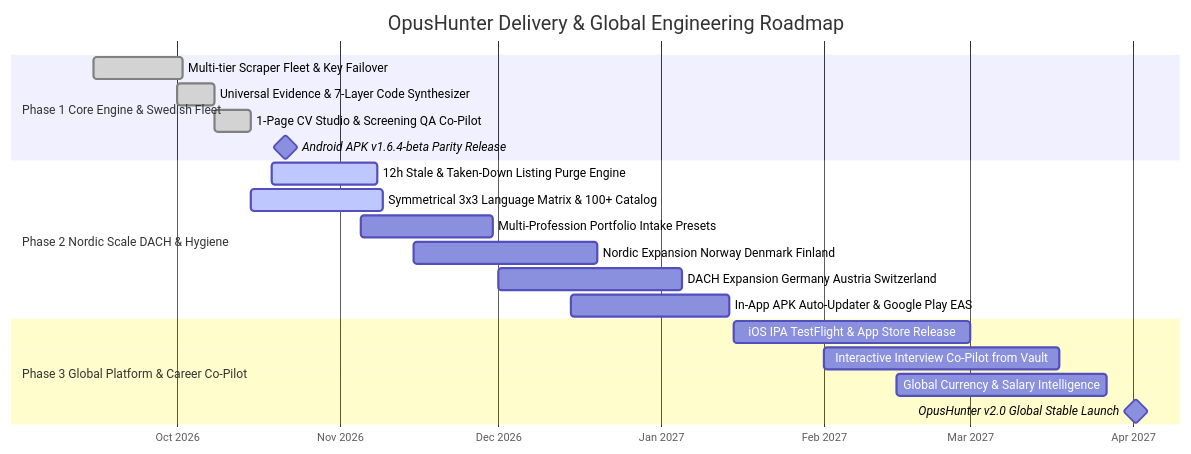
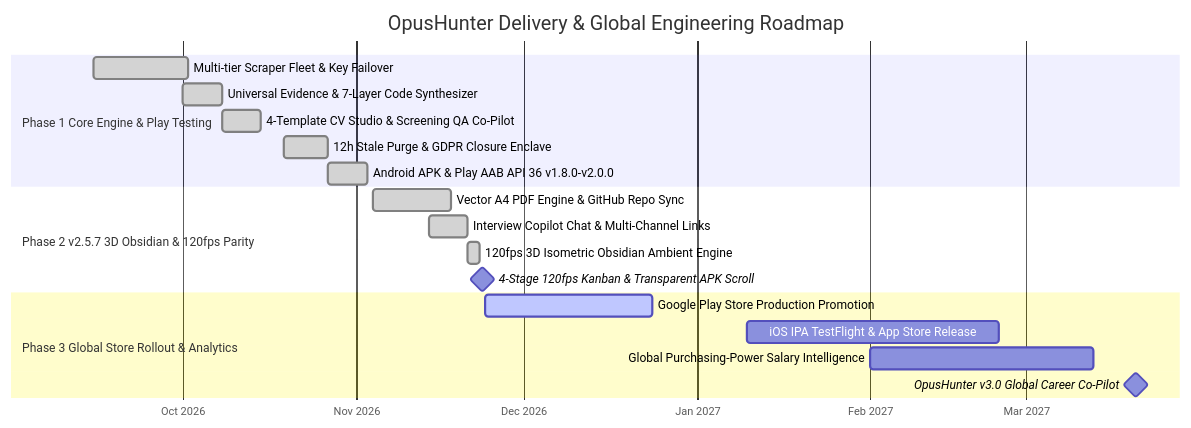
Before and after one commit to AlexBuildsLTS/OpusHunter-Release: the third of 4 diagrams in README.md, drawn with Mermaid. The commit also changed other lines of this file, not shown here.

````diff
--- a/README.md
+++ b/README.md
@@ -402,26 +338,25 @@
 ```mermaid
 gantt
   title OpusHunter Delivery & Global Engineering Roadmap
   dateFormat  YYYY-MM-DD
   axisFormat  %b %Y
 
-  section Phase 1 Core Engine & Swedish Fleet
+  section Phase 1 Core Engine & Play Testing
   Multi-tier Scraper Fleet & Key Failover       :done, s1, 2026-09-15, 2026-10-02
   Universal Evidence & 7-Layer Code Synthesizer  :done, s2, 2026-10-01, 2026-10-08
-  1-Page CV Studio & Screening QA Co-Pilot      :done, s3, 2026-10-08, 2026-10-15
-  Android APK v1.6.4-beta Parity Release         :milestone, m1, 2026-10-21, 1d
+  4-Template CV Studio & Screening QA Co-Pilot  :done, s3, 2026-10-08, 2026-10-15
+  12h Stale Purge & GDPR Closure Enclave        :done, p1, 2026-10-19, 2026-10-27
+  Android APK & Play AAB API 36 v1.8.0-v2.0.0   :done, m1, 2026-10-27, 7d
 
-  section Phase 2 Nordic Scale DACH & Hygiene
-  12h Stale & Taken-Down Listing Purge Engine   :active, p1, 2026-10-19, 20d
-  Symmetrical 3x3 Language Matrix & 100+ Catalog:active, p2, 2026-10-15, 25d
-  Multi-Profession Portfolio Intake Presets     :p3, 2026-11-05, 25d
-  Nordic Expansion Norway Denmark Finland       :p4, 2026-11-15, 35d
-  DACH Expansion Germany Austria Switzerland    :p5, 2026-12-01, 35d
-  In-App APK Auto-Updater & Google Play EAS     :p6, 2026-12-15, 30d
+  section Phase 2 v2.5.7 3D Obsidian & 120fps Parity
+  Vector A4 PDF Engine & GitHub Repo Sync       :done, p2, 2026-11-04, 14d
+  Interview Copilot Chat & Multi-Channel Links  :done, p3, 2026-11-14, 7d
+  120fps 3D Isometric Obsidian Ambient Engine   :done, p4, 2026-11-21, 2d
+  4-Stage 120fps Kanban & Transparent APK Scroll:milestone, m2, 2026-11-23, 1d
 
-  section Phase 3 Global Platform & Career Co-Pilot
-  iOS IPA TestFlight & App Store Release        :e1, 2027-01-15, 45d
-  Interactive Interview Co-Pilot from Vault     :e2, 2027-02-01, 45d
-  Global Currency & Salary Intelligence         :e3, 2027-02-15, 40d
-  OpusHunter v2.0 Global Stable Launch          :milestone, m2, 2027-04-01, 1d
+  section Phase 3 Global Store Rollout & Analytics
+  Google Play Store Production Promotion        :active, e1, 2026-11-24, 30d
+  iOS IPA TestFlight & App Store Release        :e2, 2027-01-10, 45d
+  Global Purchasing-Power Salary Intelligence   :e3, 2027-02-01, 40d
+  OpusHunter v3.0 Global Career Co-Pilot        :milestone, m3, 2027-03-20, 1d
 ```
````
